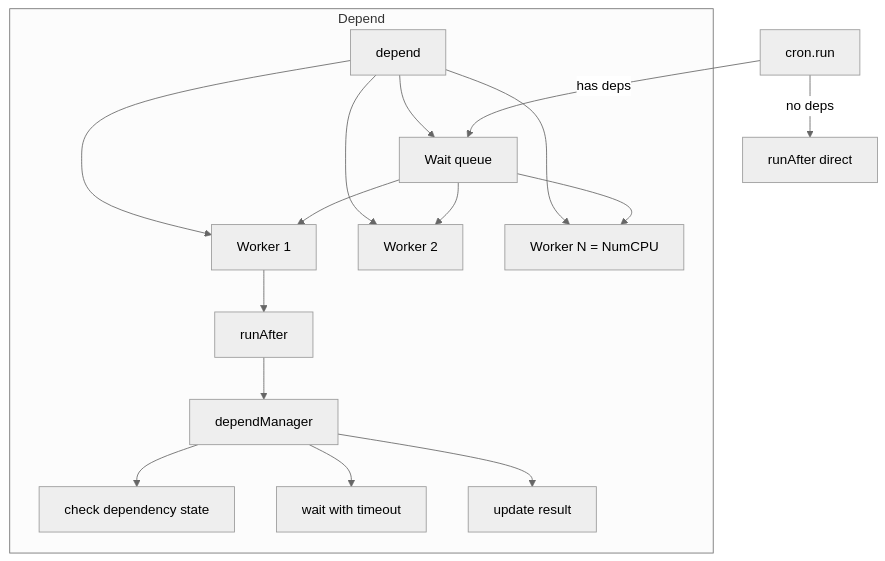
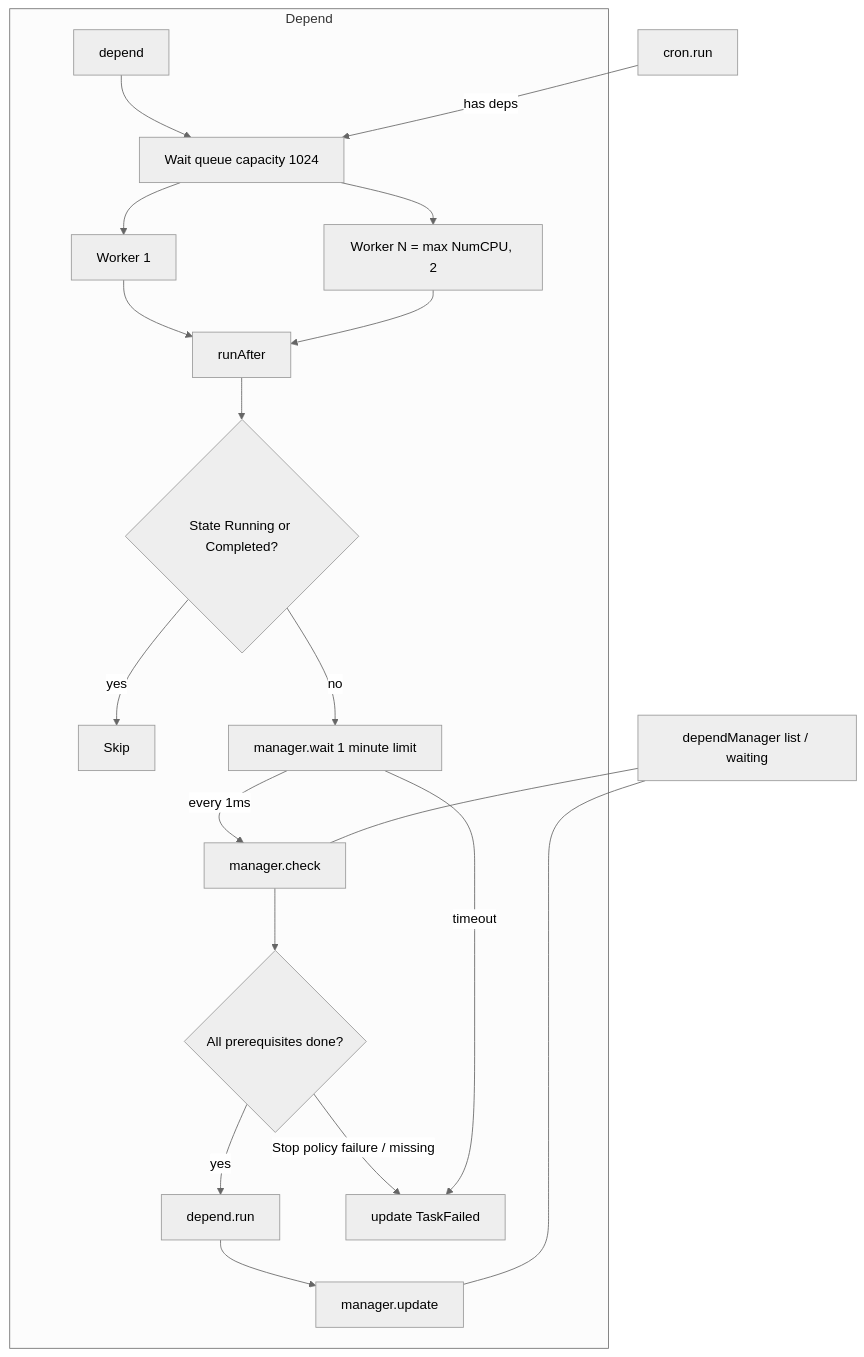
One commit to pardnchiu/go-scheduler changed the fifth of 7 diagrams in doc/architecture.md. Above: the diagram before and after it, drawn with Mermaid (neutral theme). The commit also changed other lines of this file and 6 other files, not shown here.

Commit message:
doc: Regenerate bilingual docs to match core behavior and ignore wiki-worker

````diff
--- a/doc/architecture.md
+++ b/doc/architecture.md
@@ -86,19 +108,22 @@
 ```mermaid
 graph TB
     subgraph Depend
-        D[depend] --> Queue[Wait queue]
-        D --> W1[Worker 1]
-        D --> W2[Worker 2]
-        D --> Wn[Worker N = NumCPU]
-        Queue --> W1
-        Queue --> W2
-        Queue --> Wn
+        D[depend] --> Queue[Wait queue capacity 1024]
+        Queue --> W1[Worker 1]
+        Queue --> Wn[Worker N = max NumCPU, 2]
         W1 --> RunAfter[runAfter]
-        RunAfter --> Manager[dependManager]
-        Manager --> Check[check dependency state]
-        Manager --> Wait[wait with timeout]
-        Manager --> Update[update result]
+        Wn --> RunAfter
+        RunAfter --> Skip{State Running or Completed?}
+        Skip -->|yes| Ignore[Skip]
+        Skip -->|no| WaitDeps[manager.wait 1 minute limit]
+        WaitDeps -->|every 1ms| Check[manager.check]
+        Check --> Done{All prerequisites done?}
+        Done -->|yes| Exec[depend.run]
+        Done -->|Stop policy failure / missing| Fail[update TaskFailed]
+        WaitDeps -->|timeout| Fail
+        Exec --> Update[manager.update]
     end
     CronRun[cron.run] -->|has deps| Queue
-    CronRun -->|no deps| Direct[runAfter direct]
+    Manager[dependManager list / waiting] --- Check
+    Manager --- Update
 ```
````
